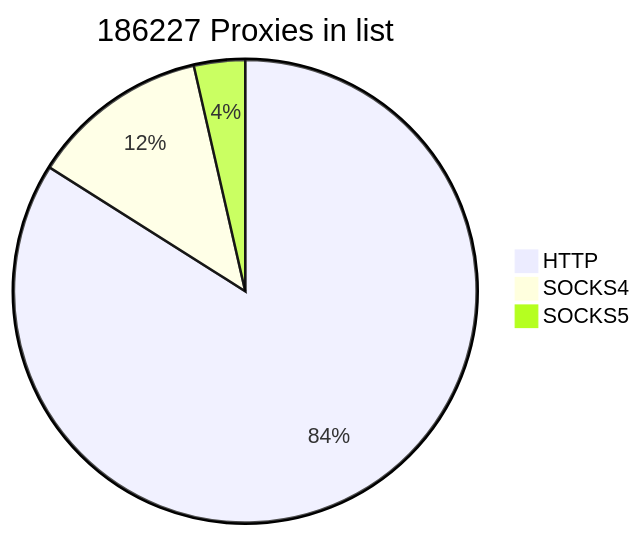
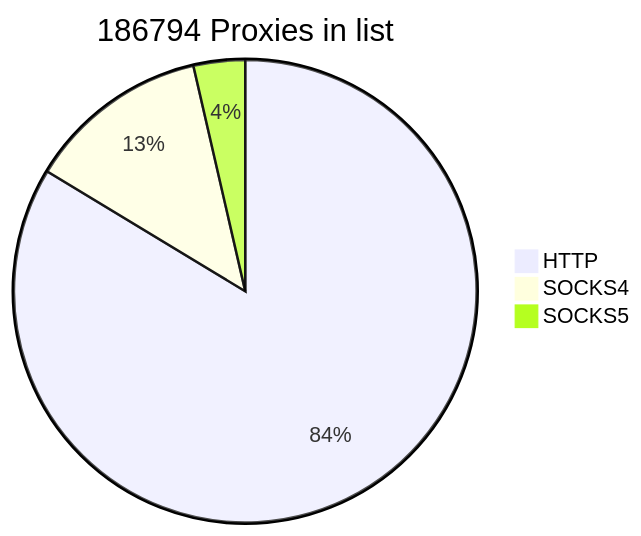
Before and after one commit to cutipu/proxylist: the first of 2 diagrams in README.md, drawn with Mermaid. The commit also changed other lines of this file, not shown here.

````diff
--- a/README.md
+++ b/README.md
@@ -2,7 +2,7 @@
 ```mermaid
-pie title 186227 Proxies in list
-    "HTTP" : 156392
-    "SOCKS4" : 23183
-    "SOCKS5" : 6652
+pie title 186794 Proxies in list
+    "HTTP" : 156274
+    "SOCKS4" : 23795
+    "SOCKS5" : 6725
             
 ```
````
